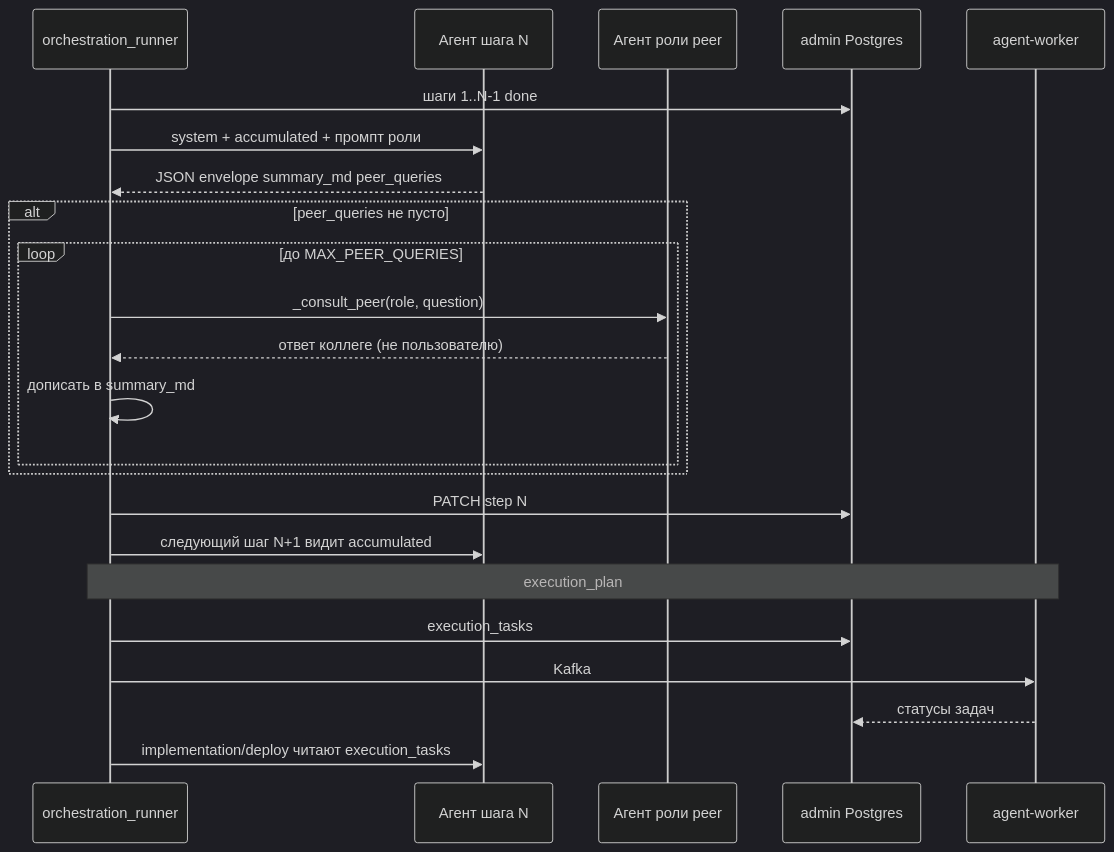
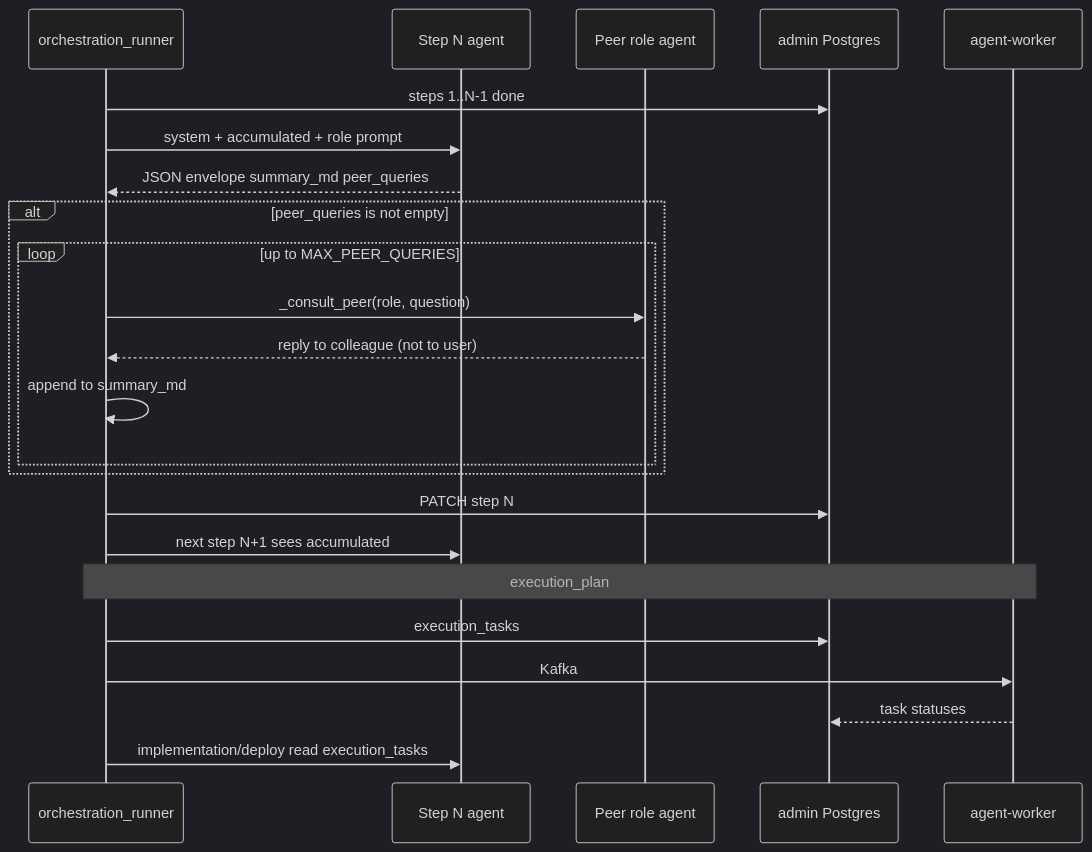
One commit to sergey-show/lambot-platform changed the seventh of 17 diagrams in Architecture.md. Above: the diagram before and after it, drawn with Mermaid (dark theme). The commit also changed other lines of this file and 119 other files, not shown here.

````diff
--- a/Architecture.md
+++ b/Architecture.md
@@ -359,27 +359,27 @@
 ```mermaid
 sequenceDiagram
   participant O as orchestration_runner
-  participant A as Агент шага N
-  participant B as Агент роли peer
+  participant A as Step N agent
+  participant B as Peer role agent
   participant DB as admin Postgres
   participant W as agent-worker
 
-  O->>DB: шаги 1..N-1 done
-  O->>A: system + accumulated + промпт роли
+  O->>DB: steps 1..N-1 done
+  O->>A: system + accumulated + role prompt
   A-->>O: JSON envelope summary_md peer_queries
-  alt peer_queries не пусто
-    loop до MAX_PEER_QUERIES
+  alt peer_queries is not empty
+    loop up to MAX_PEER_QUERIES
       O->>B: _consult_peer(role, question)
-      B-->>O: ответ коллеге (не пользователю)
-      O->>O: дописать в summary_md
+      B-->>O: reply to colleague (not to user)
+      O->>O: append to summary_md
     end
   end
   O->>DB: PATCH step N
-  O->>A: следующий шаг N+1 видит accumulated
+  O->>A: next step N+1 sees accumulated
 
   Note over O,W: execution_plan
   O->>DB: execution_tasks
   O->>W: Kafka
-  W-->>DB: статусы задач
-  O->>A: implementation/deploy читают execution_tasks
+  W-->>DB: task statuses
+  O->>A: implementation/deploy read execution_tasks
 ```
````
